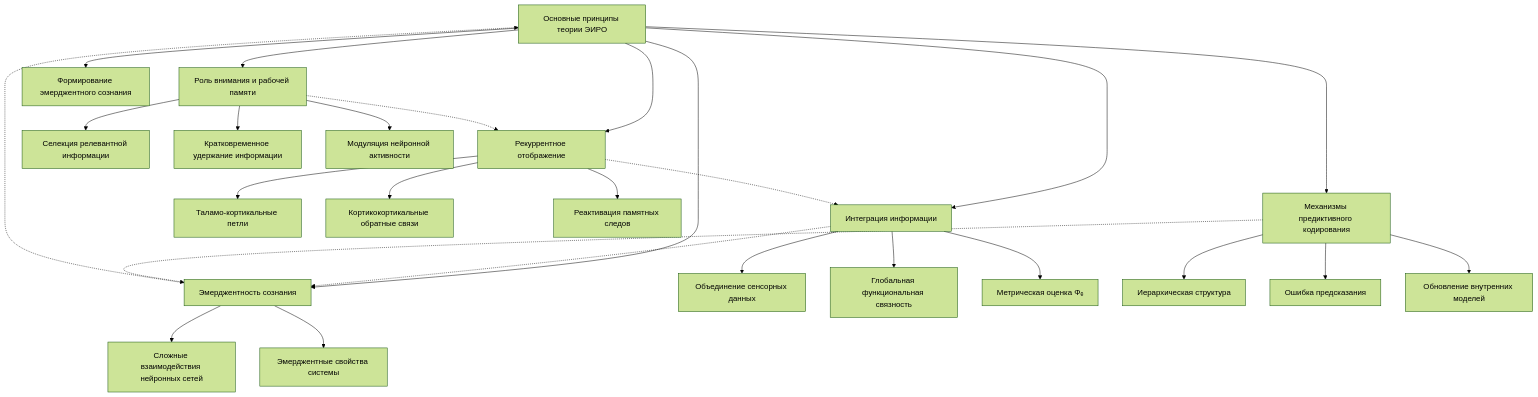
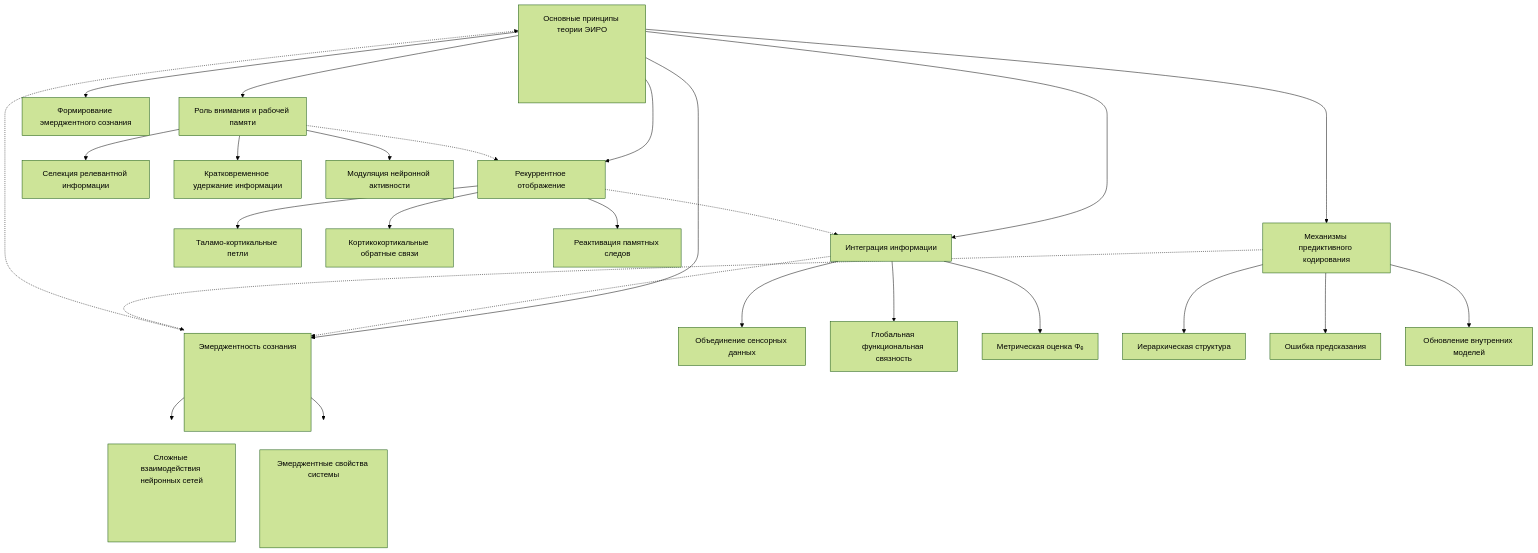
Before and after one commit to commeta/consciousness: the first of 11 diagrams in README.md, drawn with Mermaid (forest theme).

````diff
--- a/README.md
+++ b/README.md
@@ -4,36 +4,42 @@
 ```mermaid
 graph TD
+    %% Стиль для узла A
+    style A height:200px;
+    style B2 height:200px;
+    style B1 height:200px;
+    style B height:200px;
+
     A[Основные принципы теории ЭИРО]
     A --> B[Эмерджентность сознания]
     B --> B1[Сложные взаимодействия нейронных сетей]
     B --> B2[Эмерджентные свойства системы]
 
     A --> C[Интеграция информации]
     C --> C1[Объединение сенсорных данных]
     C --> C2[Глобальная функциональная связность]
     C --> C3[Метрическая оценка Φₑ]
 
     A --> D[Рекуррентное отображение]
     D --> D1[Таламо-кортикальные петли]
     D --> D2[Кортикокортикальные обратные связи]
     D --> D3[Реактивация памятных следов]
 
     A --> E[Механизмы предиктивного кодирования]
     E --> E1[Иерархическая структура]
     E --> E2[Ошибка предсказания]
     E --> E3[Обновление внутренних моделей]
 
     A --> F[Роль внимания и рабочей памяти]
     F --> F1[Селекция релевантной информации]
     F --> F2[Кратковременное удержание информации]
     F --> F3[Модуляция нейронной активности]
 
     A --> G[Формирование эмерджентного сознания]
 
     %% Обратные связи между компонентами
     F -.-> D
     D -.-> C
     C -.-> B
     E -.-> B
     B -.-> A
 ```
````
